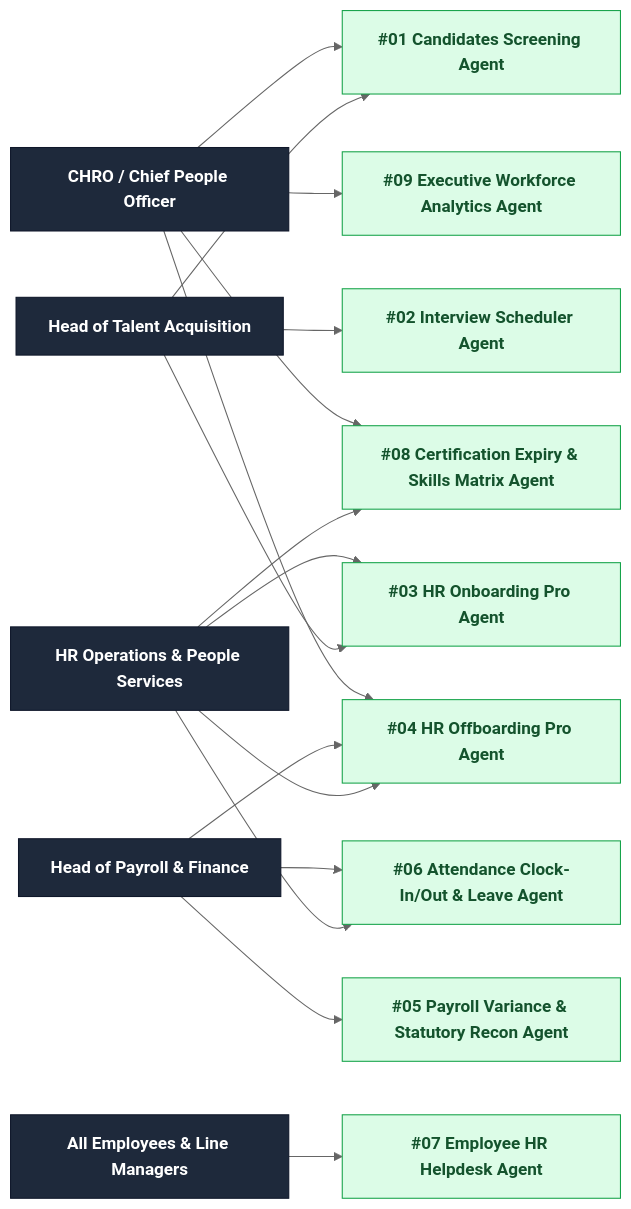
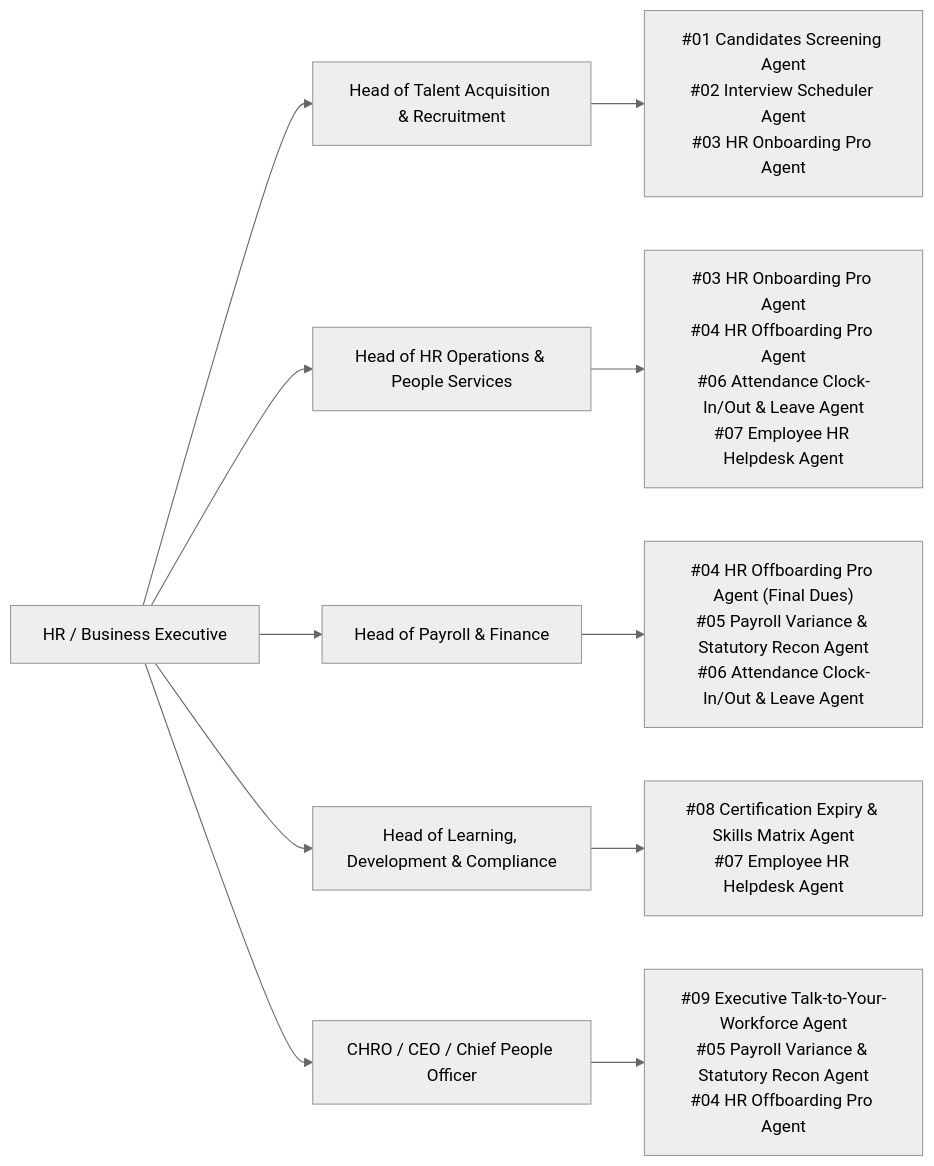
One commit to zurupream/HR_Agents changed the first of 3 diagrams in README.md. Above: the diagram before and after it, drawn with Mermaid (neutral theme). The commit also changed other lines of this file, not shown here.

Commit message:
Update HR_Agents README.md with all Live Demonstrable Links, GitHub Repository Links, and 90-Second Demo Scripts matching Banking_Agents format

````diff
--- a/README.md
+++ b/README.md
@@ -34,41 +36,14 @@
 ```mermaid
 flowchart LR
-    classDef persona fill:#1e293b,stroke:#0f172a,color:#ffffff,font-weight:bold
-    classDef verified fill:#dcfce7,stroke:#16a34a,color:#14532d,font-weight:bold
+    Visitor["HR / Business Executive"] --> TA["Head of Talent Acquisition & Recruitment"]
+    Visitor --> HROps["Head of HR Operations & People Services"]
+    Visitor --> Payroll["Head of Payroll & Finance"]
+    Visitor -->LD["Head of Learning, Development & Compliance"]
+    Visitor --> CHRO["CHRO / CEO / Chief People Officer"]
 
-    CHRO["CHRO / Chief People Officer"]:::persona
-    TA["Head of Talent Acquisition"]:::persona
-    HROPS["HR Operations & People Services"]:::persona
-    PAY["Head of Payroll & Finance"]:::persona
-    EMP["All Employees & Line Managers"]:::persona
-
-    A01["#01 Candidates Screening Agent"]:::verified
-    A02["#02 Interview Scheduler Agent"]:::verified
-    A03["#03 HR Onboarding Pro Agent"]:::verified
-    A04["#04 HR Offboarding Pro Agent"]:::verified
-    A05["#05 Payroll Variance & Statutory Recon Agent"]:::verified
-    A06["#06 Attendance Clock-In/Out & Leave Agent"]:::verified
-    A07["#07 Employee HR Helpdesk Agent"]:::verified
-    A08["#08 Certification Expiry & Skills Matrix Agent"]:::verified
-    A09["#09 Executive Workforce Analytics Agent"]:::verified
-
-    TA --> A01
-    TA --> A02
-    TA --> A03
-
-    HROPS --> A03
-    HROPS --> A04
-    HROPS --> A06
-    HROPS --> A08
-
-    PAY --> A04
-    PAY --> A05
-    PAY --> A06
-
-    EMP --> A07
-
-    CHRO --> A01
-    CHRO --> A04
-    CHRO --> A08
-    CHRO --> A09
+    TA --> TA_Demos["#01 Candidates Screening Agent<br/>#02 Interview Scheduler Agent<br/>#03 HR Onboarding Pro Agent"]
+    HROps --> Ops_Demos["#03 HR Onboarding Pro Agent<br/>#04 HR Offboarding Pro Agent<br/>#06 Attendance Clock-In/Out & Leave Agent<br/>#07 Employee HR Helpdesk Agent"]
+    Payroll --> Pay_Demos["#04 HR Offboarding Pro Agent (Final Dues)<br/>#05 Payroll Variance & Statutory Recon Agent<br/>#06 Attendance Clock-In/Out & Leave Agent"]
+    LD --> LD_Demos["#08 Certification Expiry & Skills Matrix Agent<br/>#07 Employee HR Helpdesk Agent"]
+    CHRO --> C_Demos["#09 Executive Talk-to-Your-Workforce Agent<br/>#05 Payroll Variance & Statutory Recon Agent<br/>#04 HR Offboarding Pro Agent"]
 ```
````
